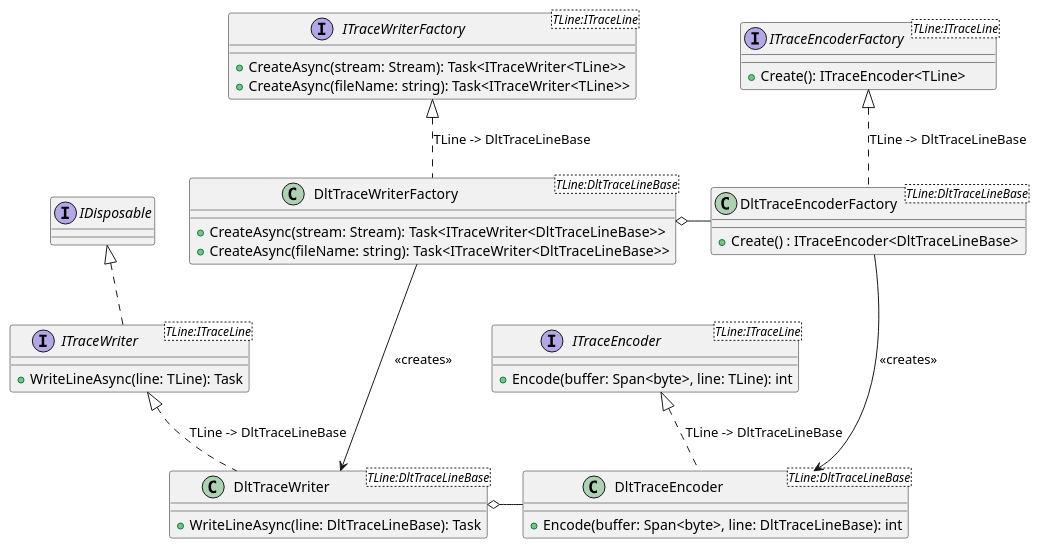
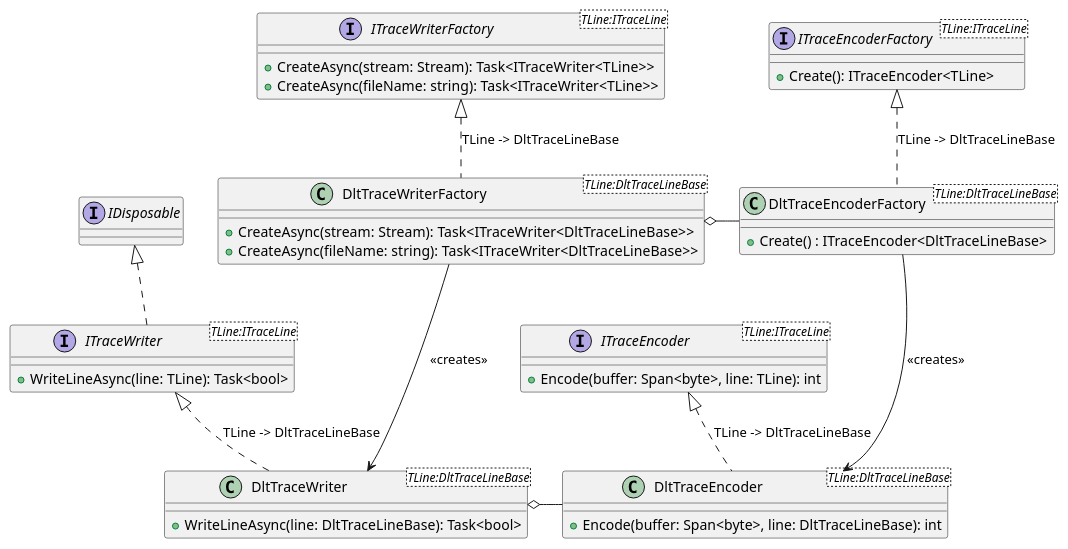
One commit to jcurl/RJCP.DLL.Log changed the diagram in TraceReader.Dlt/docs/diagrams/DLT.Writer.plantuml. Above: the diagram before and after it, drawn with PlantUML. The commit also changed 26 other files, not shown here.

```diff
--- a/TraceReader.Dlt/docs/diagrams/DLT.Writer.plantuml
+++ b/TraceReader.Dlt/docs/diagrams/DLT.Writer.plantuml
@@ -1,46 +1,46 @@
 @startuml DLT.Writer
 interface IDisposable
 
 interface ITraceWriter<TLine:ITraceLine> {
-    +WriteLineAsync(line: TLine): Task
+    +WriteLineAsync(line: TLine): Task<bool>
 }
 IDisposable <|.d. ITraceWriter
 
 interface ITraceWriterFactory<TLine:ITraceLine> {
     +CreateAsync(stream: Stream): Task<ITraceWriter<TLine>>
     +CreateAsync(fileName: string): Task<ITraceWriter<TLine>>
 }
 
 interface ITraceEncoderFactory<TLine:ITraceLine> {
     +Create(): ITraceEncoder<TLine>
 }
 
 interface ITraceEncoder<TLine:ITraceLine> {
     +Encode(buffer: Span<byte>, line: TLine): int
 }
 
 class DltTraceWriterFactory<TLine:DltTraceLineBase> {
     +CreateAsync(stream: Stream): Task<ITraceWriter<DltTraceLineBase>>
     +CreateAsync(fileName: string): Task<ITraceWriter<DltTraceLineBase>>
 }
 ITraceWriterFactory <|.d. DltTraceWriterFactory : TLine -> DltTraceLineBase
 DltTraceWriterFactory -d--> DltTraceWriter : <<creates>>
 
 class DltTraceEncoderFactory<TLine:DltTraceLineBase> {
     +Create() : ITraceEncoder<DltTraceLineBase>
 }
 ITraceEncoderFactory <|.d. DltTraceEncoderFactory : TLine -> DltTraceLineBase
 DltTraceWriterFactory o-r- DltTraceEncoderFactory
 DltTraceEncoderFactory -d--> DltTraceEncoder : <<creates>>
 
 class DltTraceWriter<TLine:DltTraceLineBase> {
-    +WriteLineAsync(line: DltTraceLineBase): Task
+    +WriteLineAsync(line: DltTraceLineBase): Task<bool>
 }
 ITraceWriter <|.d. DltTraceWriter : TLine -> DltTraceLineBase
 
 class DltTraceEncoder<TLine:DltTraceLineBase> {
     +Encode(buffer: Span<byte>, line: DltTraceLineBase): int
 }
 ITraceEncoder <|.d. DltTraceEncoder : TLine -> DltTraceLineBase
 DltTraceWriter o-r- DltTraceEncoder
 @enduml
```
